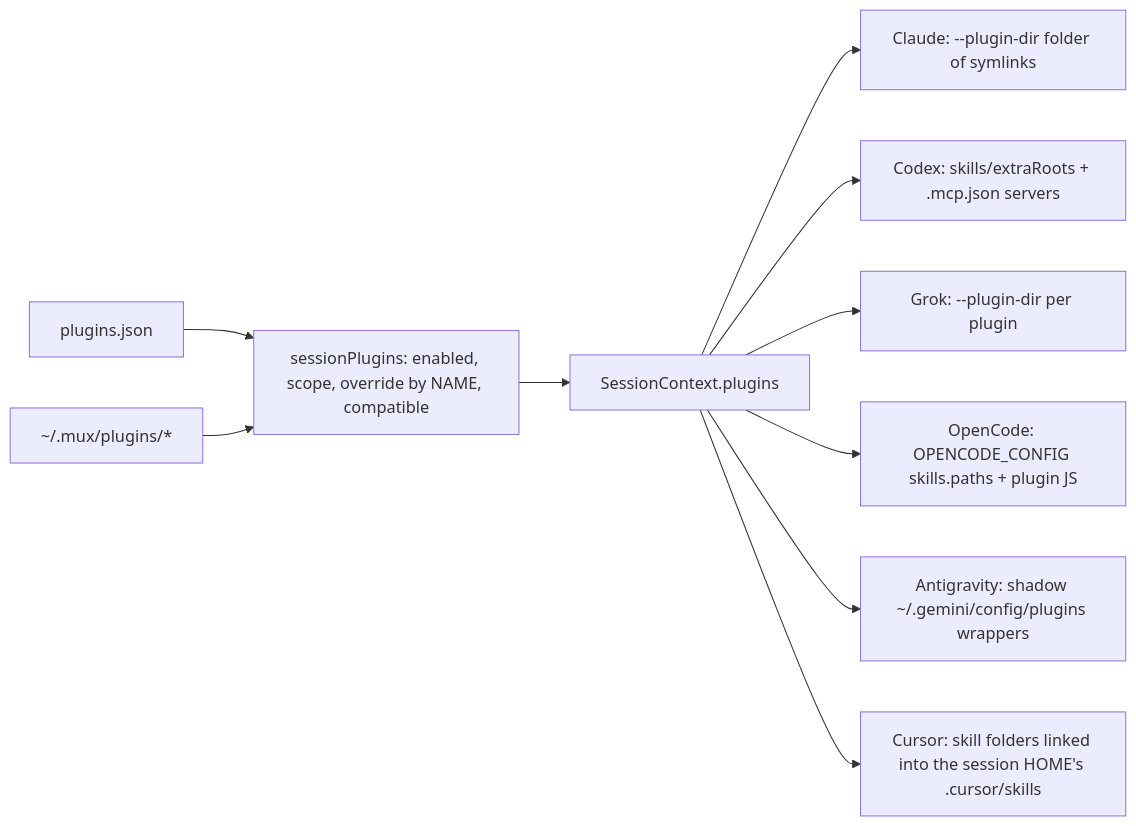
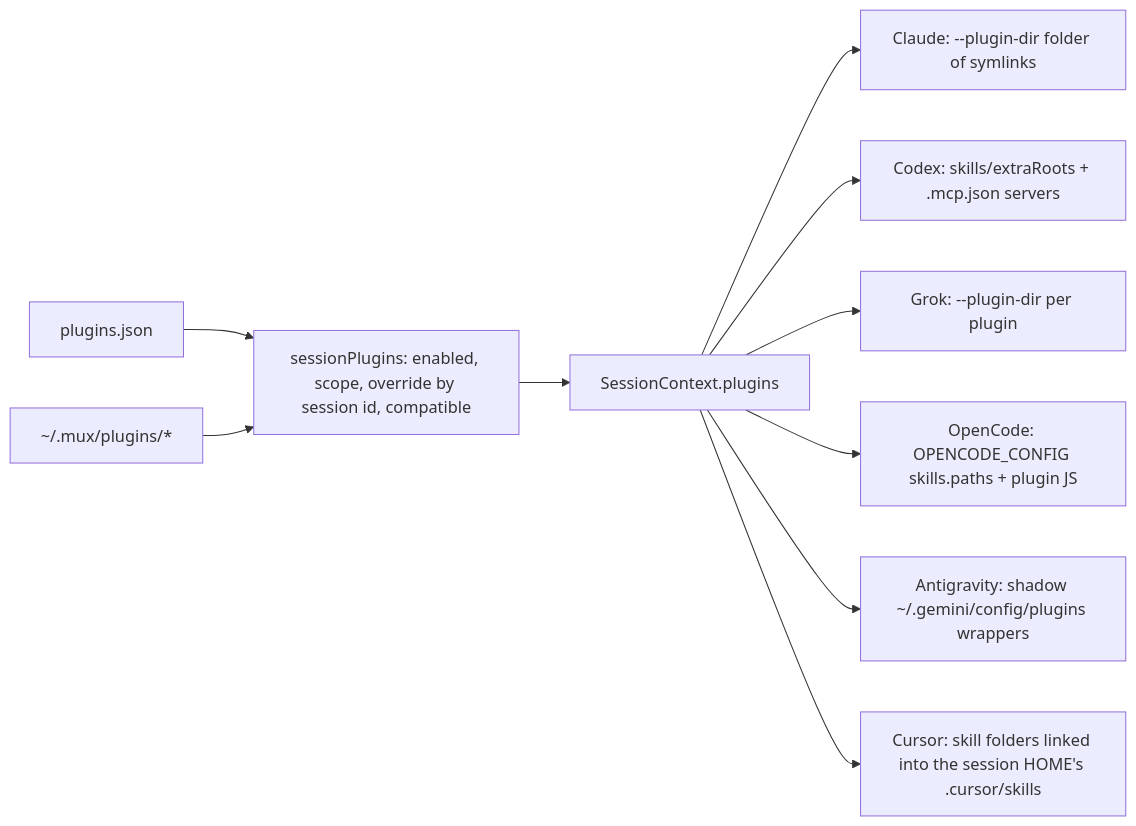
Before and after one commit to UstaLabs/supermux: the diagram in docs/core-design/plugin-sharing.md, drawn with Mermaid. The commit also changed other lines of this file and 13 other files, not shown here.

First line of the commit message:
fix(plugins): a per-session override follows the session's id, so it survives the session renaming itself (#102)

````diff
--- a/docs/core-design/plugin-sharing.md
+++ b/docs/core-design/plugin-sharing.md
@@ -20,12 +20,12 @@
 ```mermaid
 flowchart LR
-  R[plugins.json] --> S[sessionPlugins: enabled, scope, override by NAME, compatible]
+  R[plugins.json] --> S[sessionPlugins: enabled, scope, override by session id, compatible]
   T[~/.mux/plugins/*] --> S
   S --> C[SessionContext.plugins]
   C --> CL[Claude: --plugin-dir folder of symlinks]
   C --> CX[Codex: skills/extraRoots + .mcp.json servers]
   C --> GR[Grok: --plugin-dir per plugin]
   C --> OC[OpenCode: OPENCODE_CONFIG skills.paths + plugin JS]
   C --> AG[Antigravity: shadow ~/.gemini/config/plugins wrappers]
   C --> CU[Cursor: skill folders linked into the session HOME's .cursor/skills]
 ```
````
